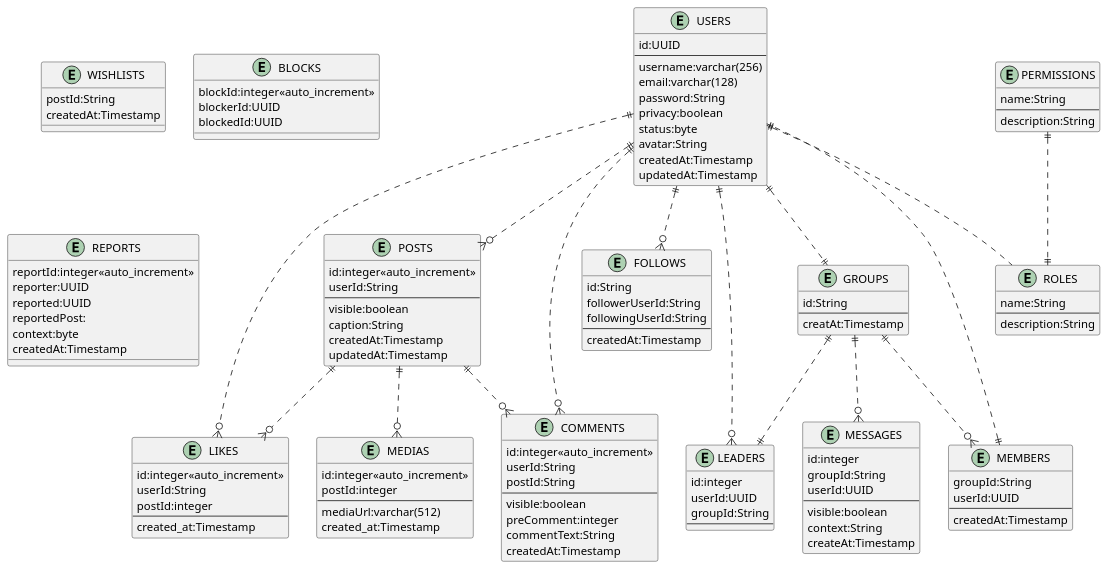
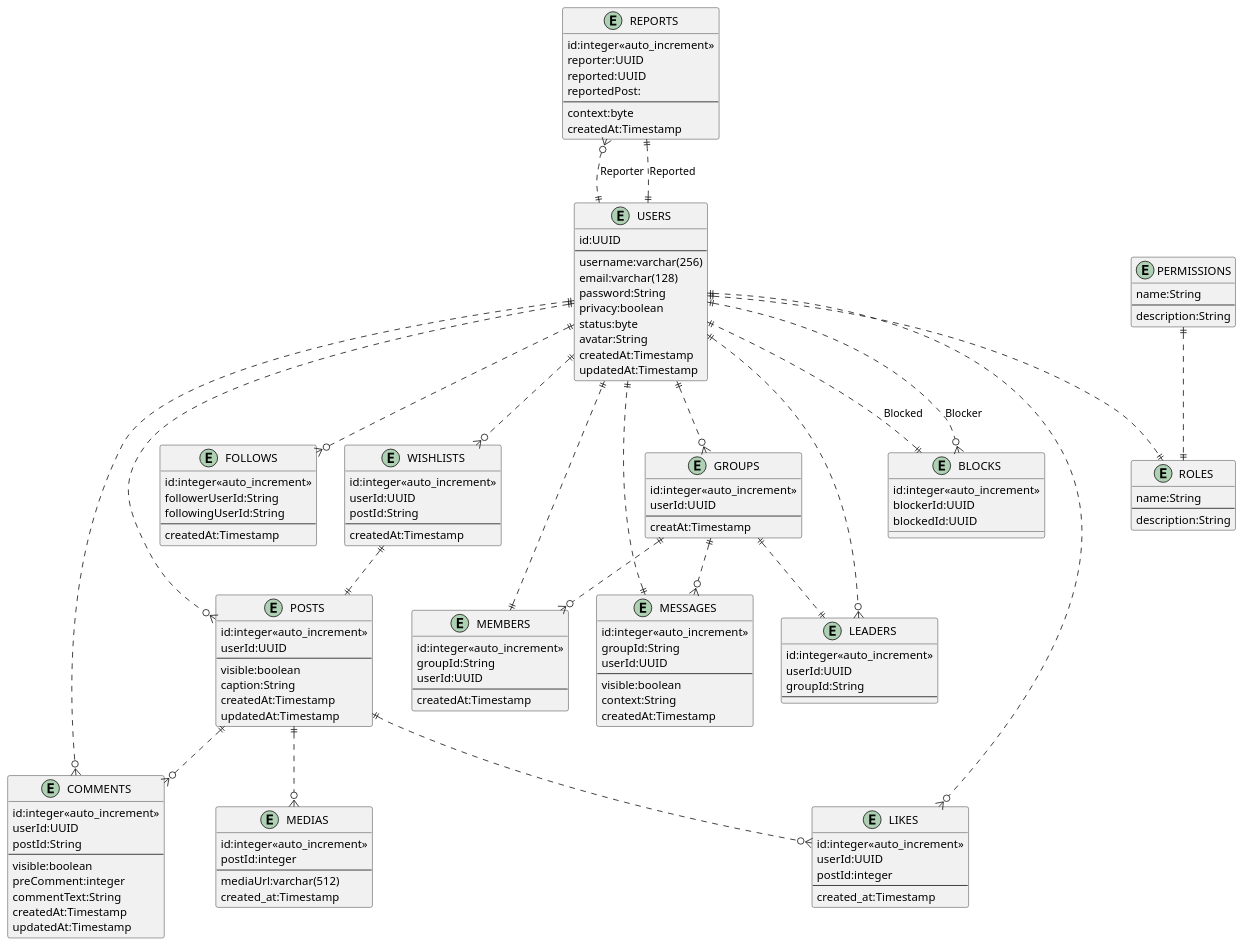
One commit to KhuongVo2105/Chat_Application changed the diagram in Prototypes/erd.plantuml. Above: the diagram before and after it, drawn with PlantUML.

Commit message:
update Entities, Prototype

```diff
--- a/Prototypes/erd.plantuml
+++ b/Prototypes/erd.plantuml
@@ -1,141 +1,155 @@
 @startuml
 
 entity "USERS" as u {
     id:UUID
     --
     username:varchar(256)
     email:varchar(128)
     password:String
     privacy:boolean  /'Public || Private'/
     status:byte     /'trang thai cua nguoi dung. Han che, thoai mai, chua xac thuc'/
     avatar:String   /'anh dai dien nguoi dung'/
     createdAt:Timestamp
     updatedAt:Timestamp
 }
 
 entity "LIKES" as l {
     id:integer<<auto_increment>> 
-    userId:String
+    userId:UUID
     postId:integer
     --
     created_at:Timestamp
 }
 
 entity "POSTS" as p {
     id:integer<<auto_increment>>
-    userId:String
+    userId:UUID
     --
     visible:boolean /'True:hien thi, False: an'/
     caption:String
     createdAt:Timestamp
     updatedAt:Timestamp
 }
 
 entity "MEDIAS" as m {
     id:integer<<auto_increment>>
     postId:integer
     --
     mediaUrl:varchar(512)
     created_at:Timestamp
 }
 
 entity "COMMENTS" as c {
     id:integer<<auto_increment>>
-    userId:String
+    userId:UUID
     postId:String
     --
     visible:boolean /'True: hien'/
     preComment:integer
     commentText:String
     createdAt:Timestamp
+    updatedAt:Timestamp
 }
 
-entity "FOLLOWS" as f {
-    id:String
+entity "FOLLOWS" as f {    
+    id:integer<<auto_increment>>
     followerUserId:String
     followingUserId:String
     --
     createdAt:Timestamp
 }
 
 entity "GROUPS" as g{
-    id:String
+    id:integer<<auto_increment>>
+    userId:UUID
     ---
     creatAt:Timestamp
 }
 
 entity "MEMBERS" as mem{
+    id:integer<<auto_increment>>
     groupId:String
     userId:UUID
     ---
     createdAt:Timestamp
 }
 
 entity "LEADERS" as le{
-    id:integer
+    id:integer<<auto_increment>>
     userId:UUID
     groupId:String
     ---
 }
 
 entity "MESSAGES" as me{
-    id:integer
+    id:integer<<auto_increment>>
     groupId:String
     userId:UUID
     ---
     visible:boolean
     context:String
-    createAt:Timestamp
+    createdAt:Timestamp
 }
 
 entity "ROLES" as ro{
     name:String
     ---
     description:String
 }
 
 entity "PERMISSIONS" as pe{
     name:String
     ---
     description:String
 }
 
 /'Tin noi bat'/
 entity "WISHLISTS" as wl{
+    id:integer<<auto_increment>>
+    userId:UUID
     postId:String
+    ---
     createdAt:Timestamp
 }
 
 /''/
 entity "BLOCKS" as bl{
-    blockId:integer<<auto_increment>>
+    id:integer<<auto_increment>>
     blockerId:UUID
     blockedId:UUID
 }
 
 entity "REPORTS" as rp{
-    reportId:integer<<auto_increment>>
+    id:integer<<auto_increment>>
     reporter:UUID /'id nguoi tao phieu report'/
     reported:UUID  /'id cua nguoi bi report'/
     reportedPost:   /'id cua bai post bi report'/
+    ---
     context:byte
     createdAt:Timestamp
 }
 
 u ||..o{ p
 u ||..o{ f
 u ||..o{ l
 u ||..o{ c
-u ||..|| g
+u ||..o{ g
 u ||..o{ le
-u ||.. ro
+u ||..|| ro
+u ||..o{ wl
+u ||..o{ bl : "Blocker"
+bl ||..|| u: "Blocked"
 p ||..o{ m
 p ||..o{ c
 p ||..o{ l
 g ||..o{ me
+me ||..|| u
 pe ||..|| ro
 g ||..o{ mem
 mem ||..|| u
 g ||..|| le
+wl ||..|| p
+rp }o..|| u : "Reporter"
+rp ||..|| u : "Reported"
 
 @enduml
```
